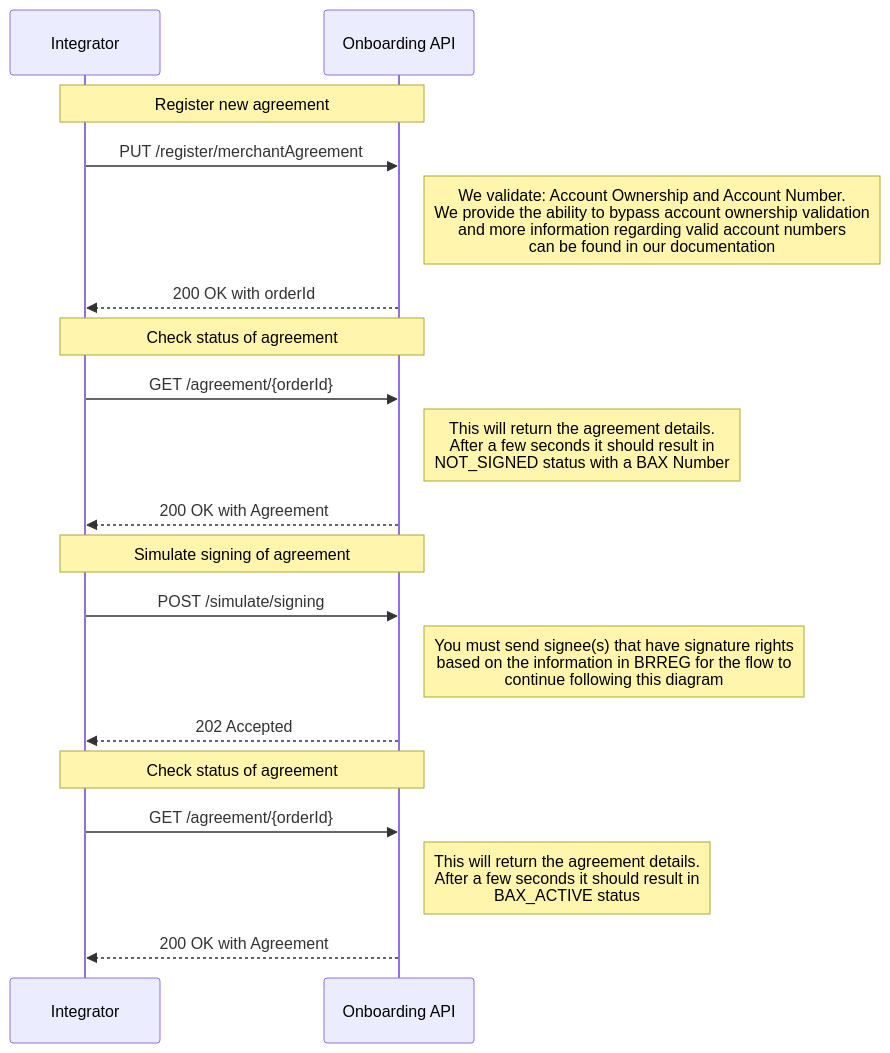
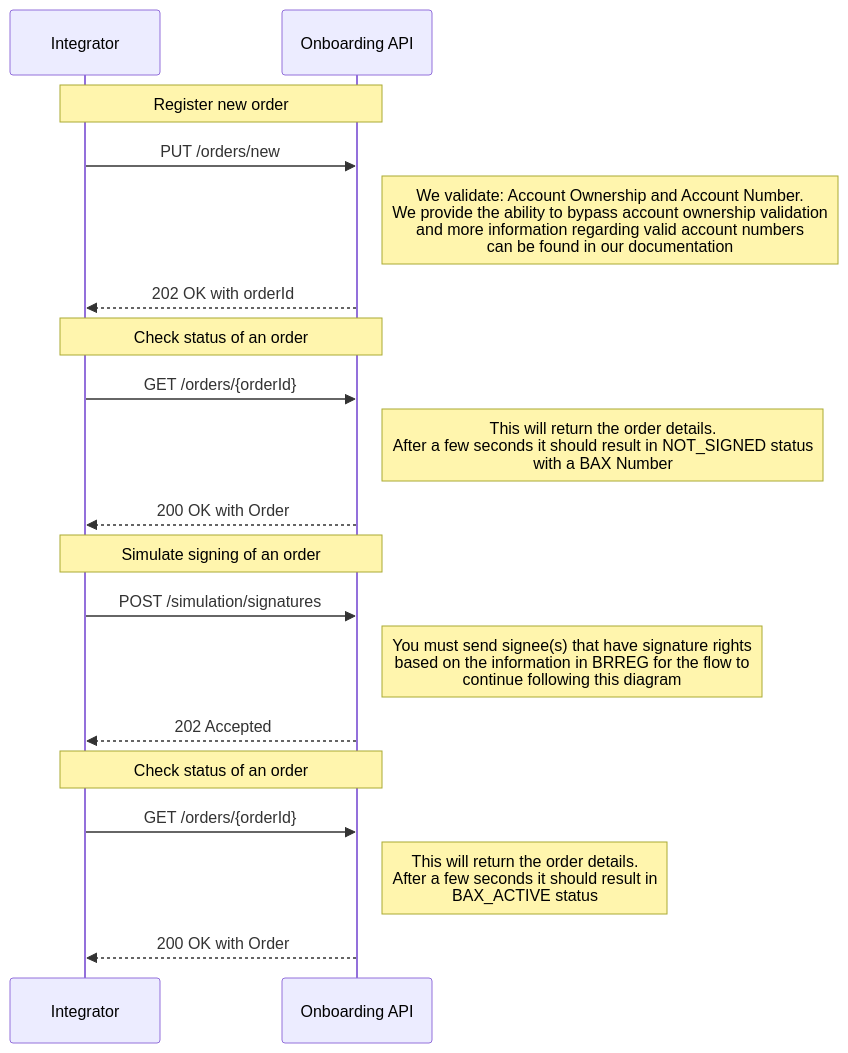
The first of 3 diagrams in docs/test_flows.md (BankAxept/bankaxept-onboarding-external-documentation), drawn with Mermaid before and after one commit. The commit also changed other lines of this file and 3 other files, not shown here.

````diff
--- a/docs/test_flows.md
+++ b/docs/test_flows.md
@@ -5,25 +5,25 @@
 ```mermaid
 sequenceDiagram
 participant I as Integrator
 participant O as Onboarding API
 
-note over I, O: Register new agreement
-I ->> O: PUT /register/merchantAgreement
+note over I, O: Register new order
+I ->> O: PUT /orders/new
 note right of O: We validate: Account Ownership and Account Number. <br/> We provide the ability to bypass account ownership validation <br/> and more information regarding valid account numbers <br/> can be found in our documentation
-O -->> I: 200 OK with orderId
+O -->> I: 202 OK with orderId
 
-note over I, O: Check status of agreement
-I ->> O: GET /agreement/{orderId}
-note right of O: This will return the agreement details. <br/> After a few seconds it should result in <br/> NOT_SIGNED status with a BAX Number
-O -->> I: 200 OK with Agreement
+note over I, O: Check status of an order
+I ->> O : GET /orders/{orderId}
+note right of O: This will return the order details. <br/> After a few seconds it should result in NOT_SIGNED status <br/> with a BAX Number
+O -->> I: 200 OK with Order
 
-note over I, O: Simulate signing of agreement
-I ->> O: POST /simulate/signing
+note over I, O: Simulate signing of an order
+I ->> O: POST /simulation/signatures
 note right of O: You must send signee(s) that have signature rights <br/> based on the information in BRREG for the flow to <br/> continue following this diagram
 O -->> I: 202 Accepted
 
-note over I, O: Check status of agreement
-I ->> O: GET /agreement/{orderId}
-note right of O: This will return the agreement details. <br/> After a few seconds it should result in <br/> BAX_ACTIVE status
-O -->> I: 200 OK with Agreement
+note over I, O: Check status of an order
+I ->> O : GET /orders/{orderId}
+note right of O: This will return the order details. <br/> After a few seconds it should result in <br/> BAX_ACTIVE status
+O -->> I: 200 OK with Order
 ```
````
